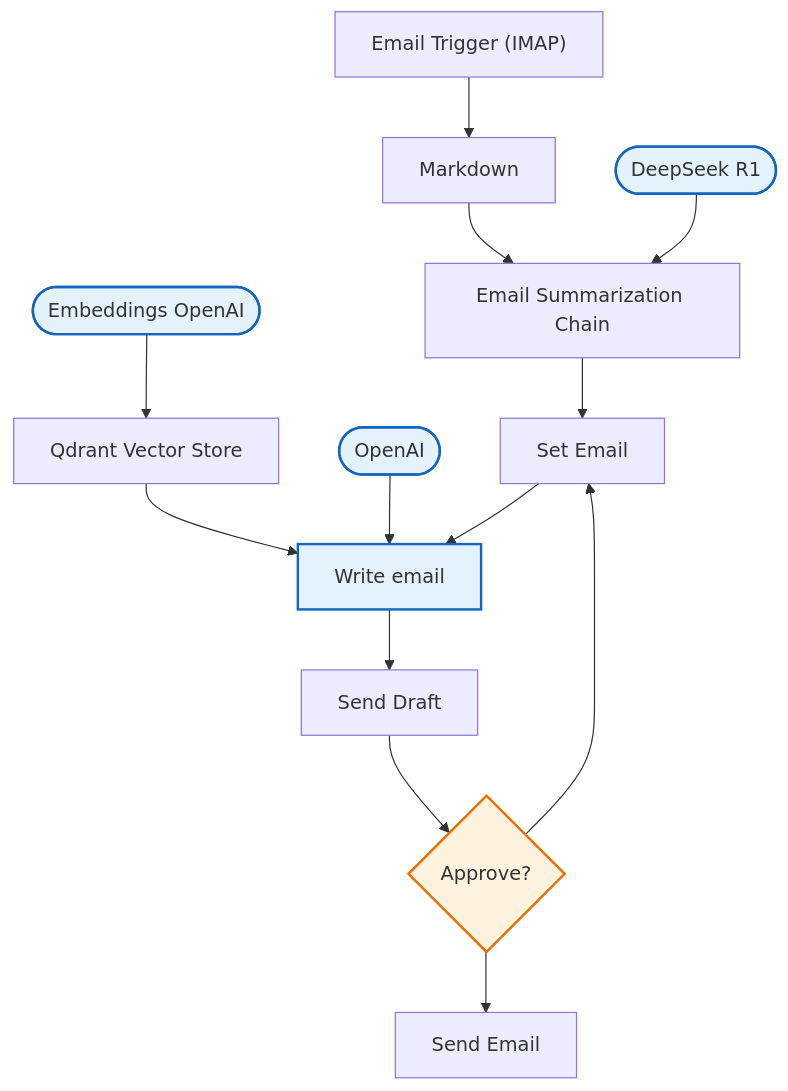
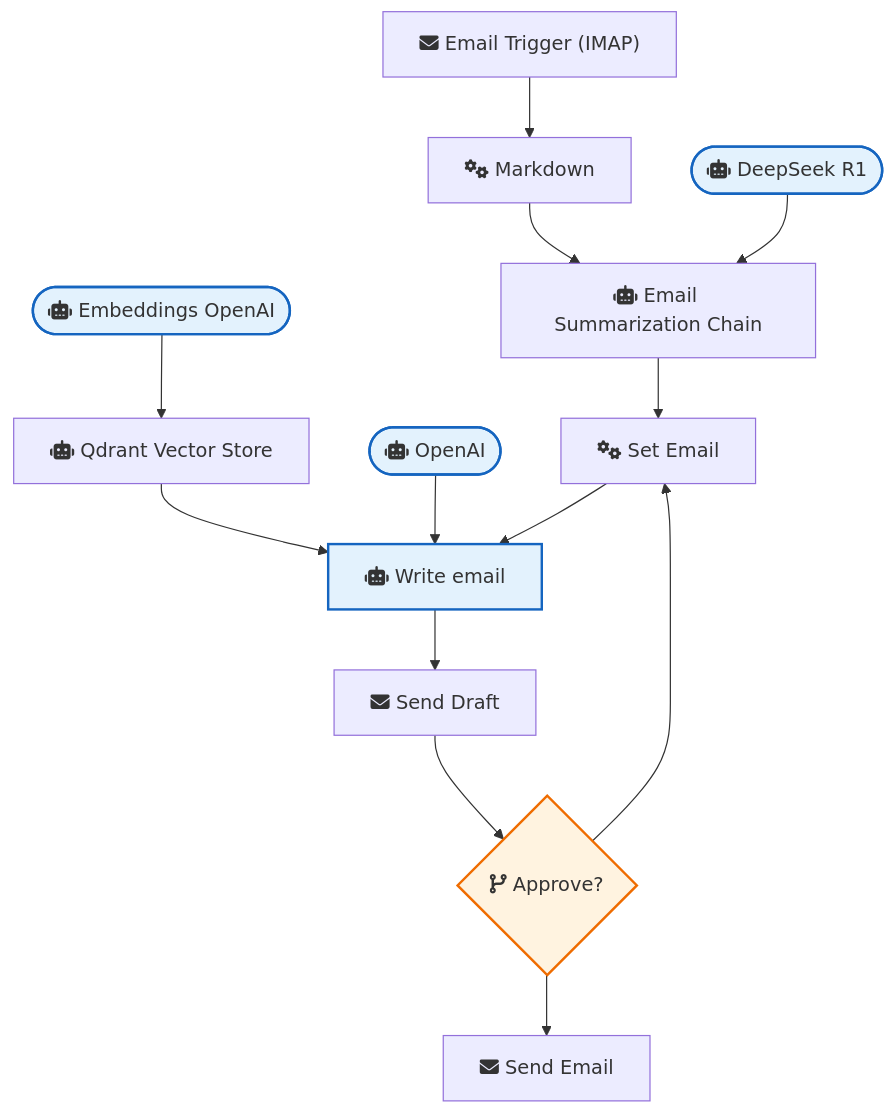
Before and after one commit to sreyash3105/N8N-DEMO-AUTOMATIONS: the diagram in Gmail_and_Email_Automation/Ai Email Processing Autoresponder with Approval Yes No.md, drawn with Mermaid. The commit also changed 291 other files, not shown here.

````diff
--- a/Gmail_and_Email_Automation/Ai Email Processing Autoresponder with Approval Yes No.md
+++ b/Gmail_and_Email_Automation/Ai Email Processing Autoresponder with Approval Yes No.md
@@ -1,32 +1,32 @@
 ```mermaid
 graph TD
     classDef trigger fill:#e8f5e9,stroke:#2e7d32,stroke-width:2px;
     classDef ai fill:#e3f2fd,stroke:#1565c0,stroke-width:2px;
     classDef logic fill:#fff3e0,stroke:#ef6c00,stroke-width:2px;
 
-    Email_Trigger__IMAP_["Email Trigger (IMAP)"]
-    Markdown["Markdown"]
-    DeepSeek_R1(["DeepSeek R1"]):::ai
-    Send_Email["Send Email"]
-    Qdrant_Vector_Store["Qdrant Vector Store"]
-    Embeddings_OpenAI(["Embeddings OpenAI"]):::ai
-    Email_Summarization_Chain["Email Summarization Chain"]
-    Write_email["Write email"]:::ai
-    OpenAI(["OpenAI"]):::ai
-    Set_Email["Set Email"]
-    Approve_{"Approve?"}:::logic
-    Send_Draft["Send Draft"]
+    Email_Trigger__IMAP_["fas:fa-envelope Email Trigger (IMAP)"]
+    Markdown["fas:fa-cogs Markdown"]
+    DeepSeek_R1(["fas:fa-robot DeepSeek R1"]):::ai
+    Send_Email["fas:fa-envelope Send Email"]
+    Qdrant_Vector_Store["fas:fa-robot Qdrant Vector Store"]
+    Embeddings_OpenAI(["fas:fa-robot Embeddings OpenAI"]):::ai
+    Email_Summarization_Chain["fas:fa-robot Email Summarization Chain"]
+    Write_email["fas:fa-robot Write email"]:::ai
+    OpenAI(["fas:fa-robot OpenAI"]):::ai
+    Set_Email["fas:fa-cogs Set Email"]
+    Approve_{"fas:fa-code-branch Approve?"}:::logic
+    Send_Draft["fas:fa-envelope Send Draft"]
 
     OpenAI --> Write_email
     Approve_ --> Send_Email
     Approve_ --> Set_Email
     Markdown --> Email_Summarization_Chain
     Set_Email --> Write_email
     Send_Draft --> Approve_
     DeepSeek_R1 --> Email_Summarization_Chain
     Write_email --> Send_Draft
     Embeddings_OpenAI --> Qdrant_Vector_Store
     Qdrant_Vector_Store --> Write_email
     Email_Trigger__IMAP_ --> Markdown
     Email_Summarization_Chain --> Set_Email
 ```
````
